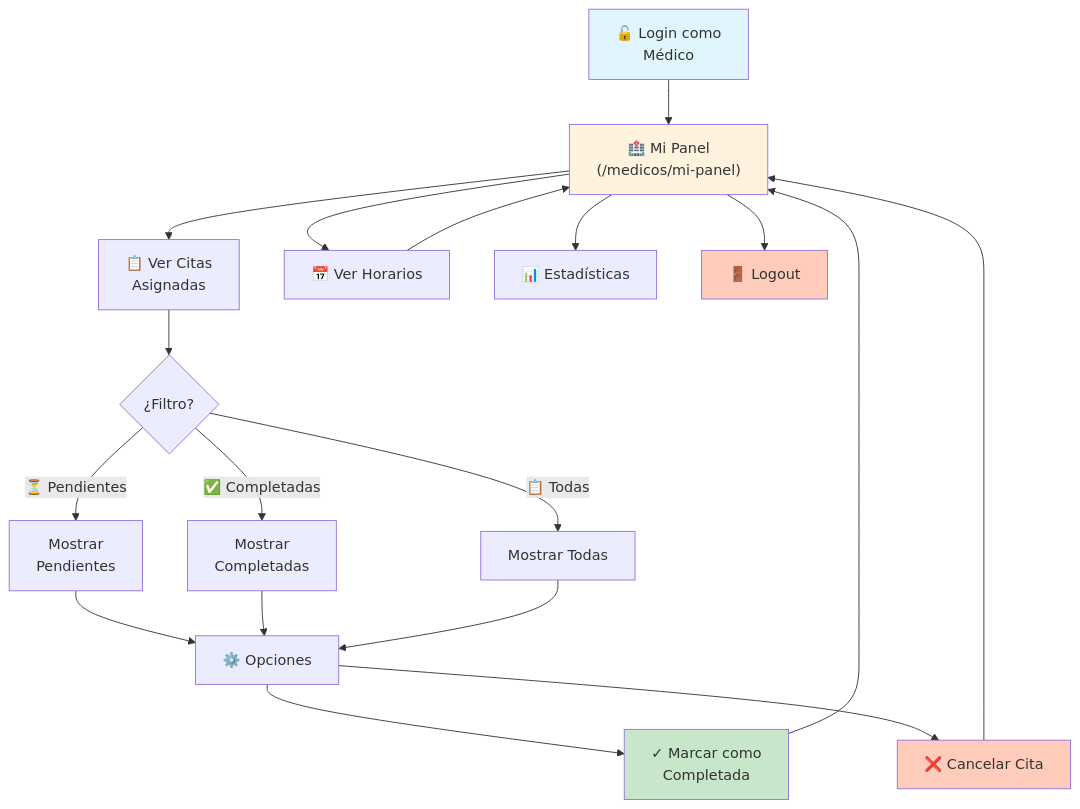
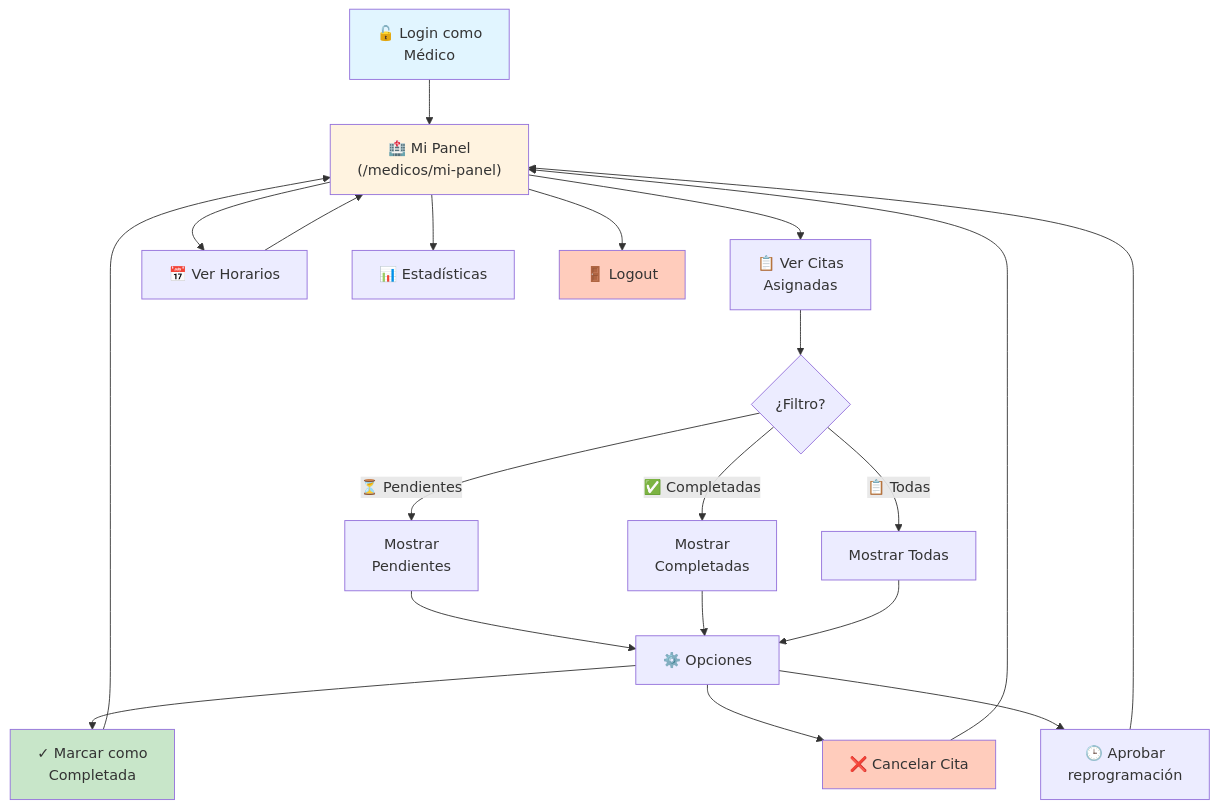
Before and after one commit to EdwardAR/CIS_II: the sixth of 7 diagrams in README.md, drawn with Mermaid. The commit also changed other lines of this file and 13 other files, not shown here.

````diff
--- a/README.md
+++ b/README.md
@@ -740,29 +754,31 @@
 ```mermaid
 graph TD
     A["🔓 Login como<br/>Médico"] --> B["🏥 Mi Panel<br/>(/medicos/mi-panel)"]
     B --> C["📋 Ver Citas<br/>Asignadas"]
     B --> D["📅 Ver Horarios"]
     B --> E["📊 Estadísticas"]
     
     C --> F{¿Filtro?}
     F -->|⏳ Pendientes| G["Mostrar<br/>Pendientes"]
     F -->|✅ Completadas| H["Mostrar<br/>Completadas"]
     F -->|📋 Todas| I["Mostrar Todas"]
     
     G --> J["⚙️ Opciones"]
     H --> J
     I --> J
     J --> K["✓ Marcar como<br/>Completada"]
     J --> L["❌ Cancelar Cita"]
+    J --> N["🕒 Aprobar<br/>reprogramación"]
     
     D --> B
     K --> B
     L --> B
+    N --> B
     B --> M["🚪 Logout"]
     
     style A fill:#e1f5ff
     style B fill:#fff3e0
     style K fill:#c8e6c9
     style L fill:#ffccbc
     style M fill:#ffccbc
 ```
````
